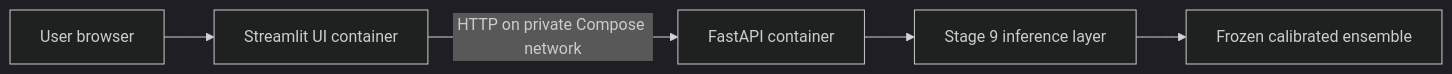
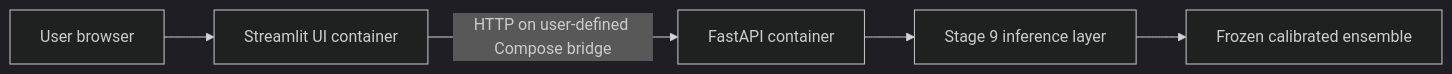
The diagram in docs/containers.md (afnanbirahim/creditscope-ml-platform), drawn with Mermaid (dark theme) before and after one commit. The commit also changed other lines of this file and 5 other files, not shown here.

````diff
--- a/docs/containers.md
+++ b/docs/containers.md
@@ -13,7 +13,7 @@
 ```mermaid
 flowchart LR
     U[User browser] --> UI[Streamlit UI container]
-    UI -->|HTTP on private Compose network| API[FastAPI container]
+    UI -->|HTTP on user-defined Compose bridge| API[FastAPI container]
     API --> INF[Stage 9 inference layer]
     INF --> MODEL[Frozen calibrated ensemble]
 ```
````
